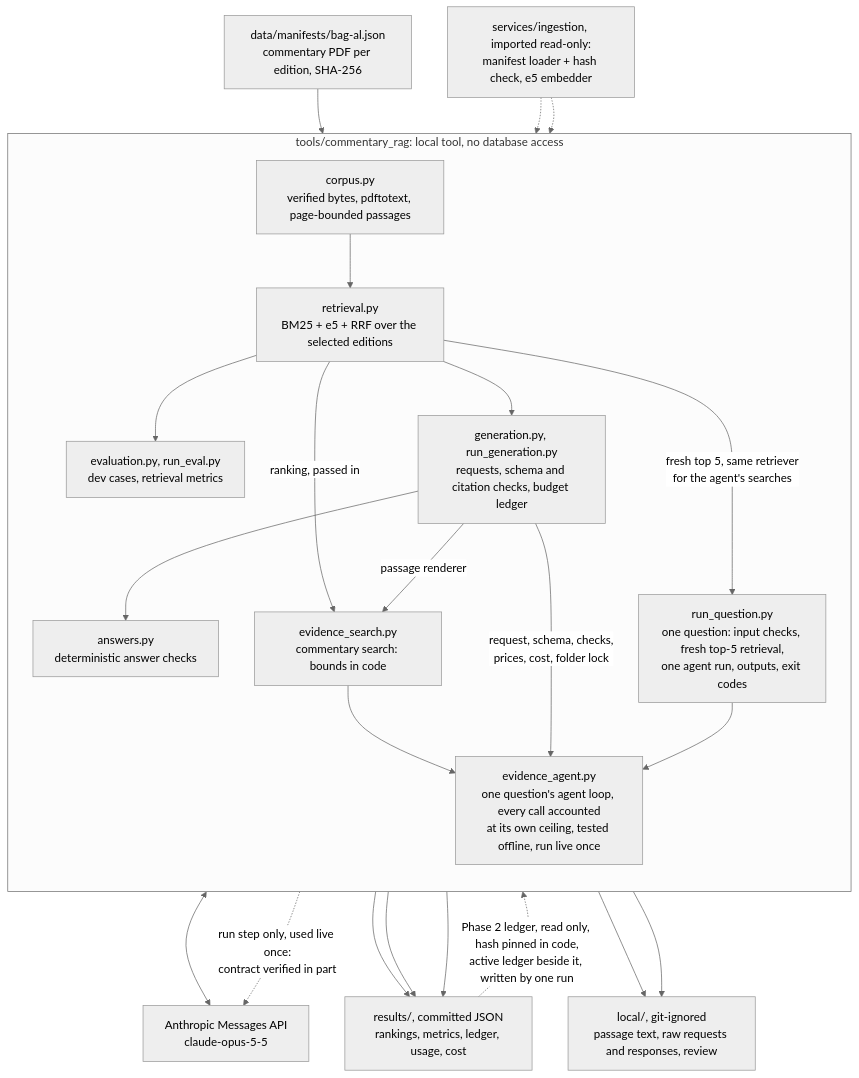
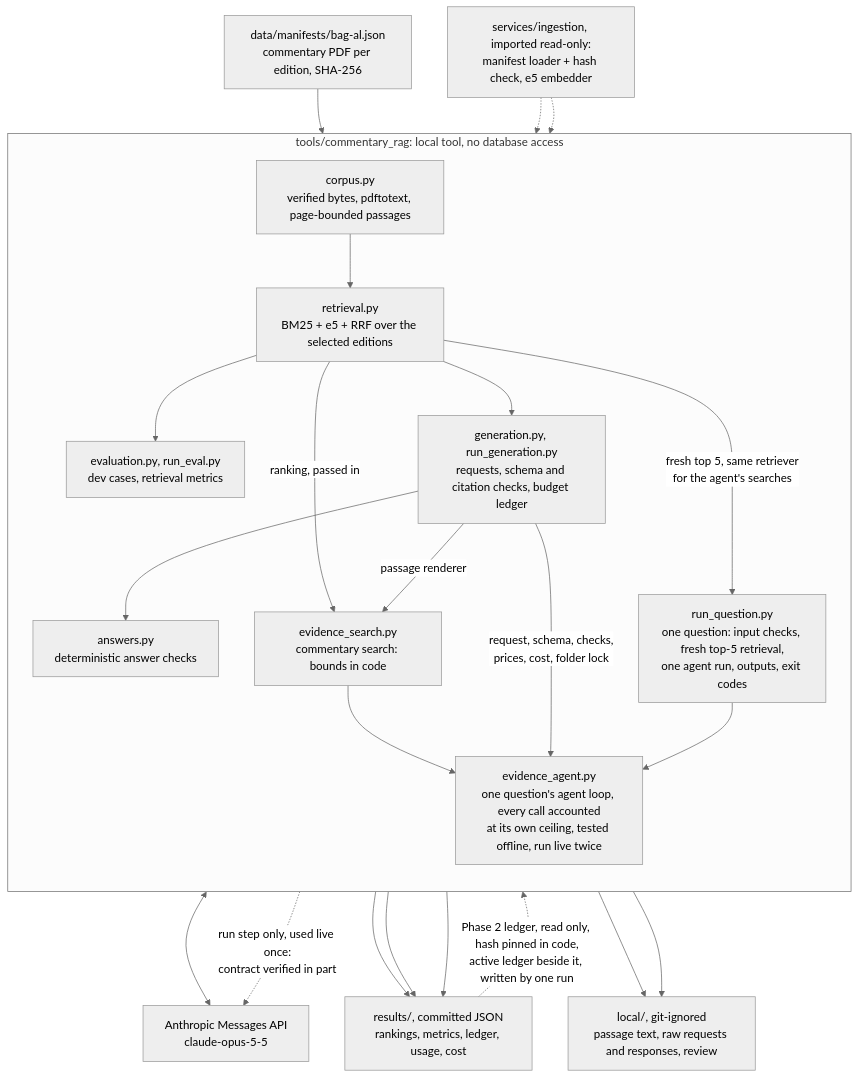
One commit to erhanuenlue/tarifhub changed the diagram in docs/arc42/05-building-block-view.md. Above: the diagram before and after it, drawn with Mermaid (neutral theme). The commit also changed other lines of this file and 16 other files, not shown here.

````diff
--- a/docs/arc42/05-building-block-view.md
+++ b/docs/arc42/05-building-block-view.md
@@ -100,37 +100,37 @@
 ```mermaid
 flowchart TB
   MAN["data/manifests/bag-al.json<br/>commentary PDF per edition, SHA-256"]
   ING["services/ingestion, imported read-only:<br/>manifest loader + hash check, e5 embedder"]
   subgraph PILOT["tools/commentary_rag: local tool, no database access"]
     direction TB
     COR["corpus.py<br/>verified bytes, pdftotext, page-bounded passages"]
     RET["retrieval.py<br/>BM25 + e5 + RRF over the selected editions"]
     EVA["evaluation.py, run_eval.py<br/>dev cases, retrieval metrics"]
     GEN["generation.py, run_generation.py<br/>requests, schema and citation checks, budget ledger"]
     ANS["answers.py<br/>deterministic answer checks"]
     SEA["evidence_search.py<br/>commentary search: bounds in code"]
-    AGT["evidence_agent.py<br/>one question's agent loop, every call accounted<br/>at its own ceiling, tested offline, run live once"]
+    AGT["evidence_agent.py<br/>one question's agent loop, every call accounted<br/>at its own ceiling, tested offline, run live twice"]
     RQ["run_question.py<br/>one question: input checks, fresh top-5 retrieval,<br/>one agent run, outputs, exit codes"]
     COR --> RET
     RET --> EVA
     RET --> GEN
     GEN --> ANS
     RET -->|"ranking, passed in"| SEA
     GEN -->|"passage renderer"| SEA
     SEA --> AGT
     GEN -->|"request, schema, checks,<br/>prices, cost, folder lock"| AGT
     RET -->|"fresh top 5, same retriever<br/>for the agent's searches"| RQ
     RQ --> AGT
   end
   MAN --> COR
   ING -.-> COR
   ING -.-> RET
   GEN <--> API["Anthropic Messages API<br/>claude-opus-5-5"]
   AGT -.->|"run step only, used live once:<br/>contract verified in part"| API
   EVA --> RES["results/, committed JSON<br/>rankings, metrics, ledger, usage, cost"]
   ANS --> RES
   GEN --> LOC["local/, git-ignored<br/>passage text, raw requests and responses, review"]
   RQ --> RES
   RQ --> LOC
   RES -.->|"Phase 2 ledger, read only, hash pinned in code,<br/>active ledger beside it, written by one run"| AGT
 ```
````
